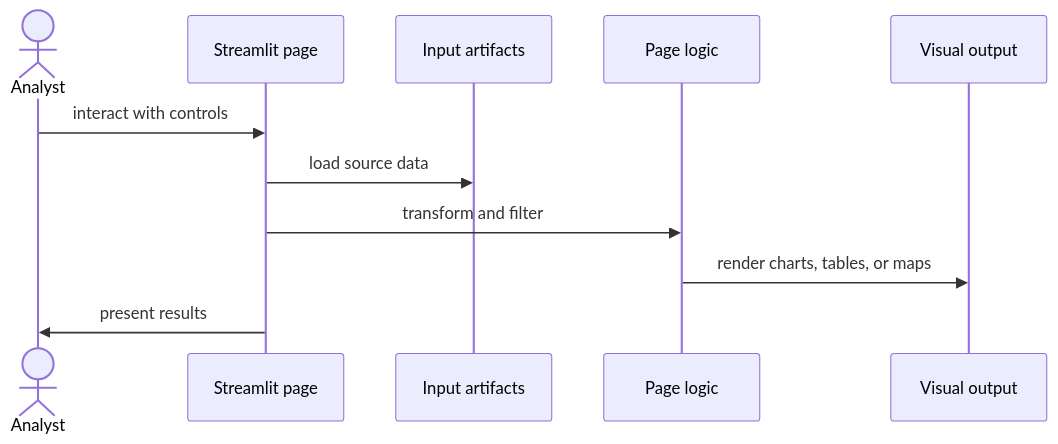
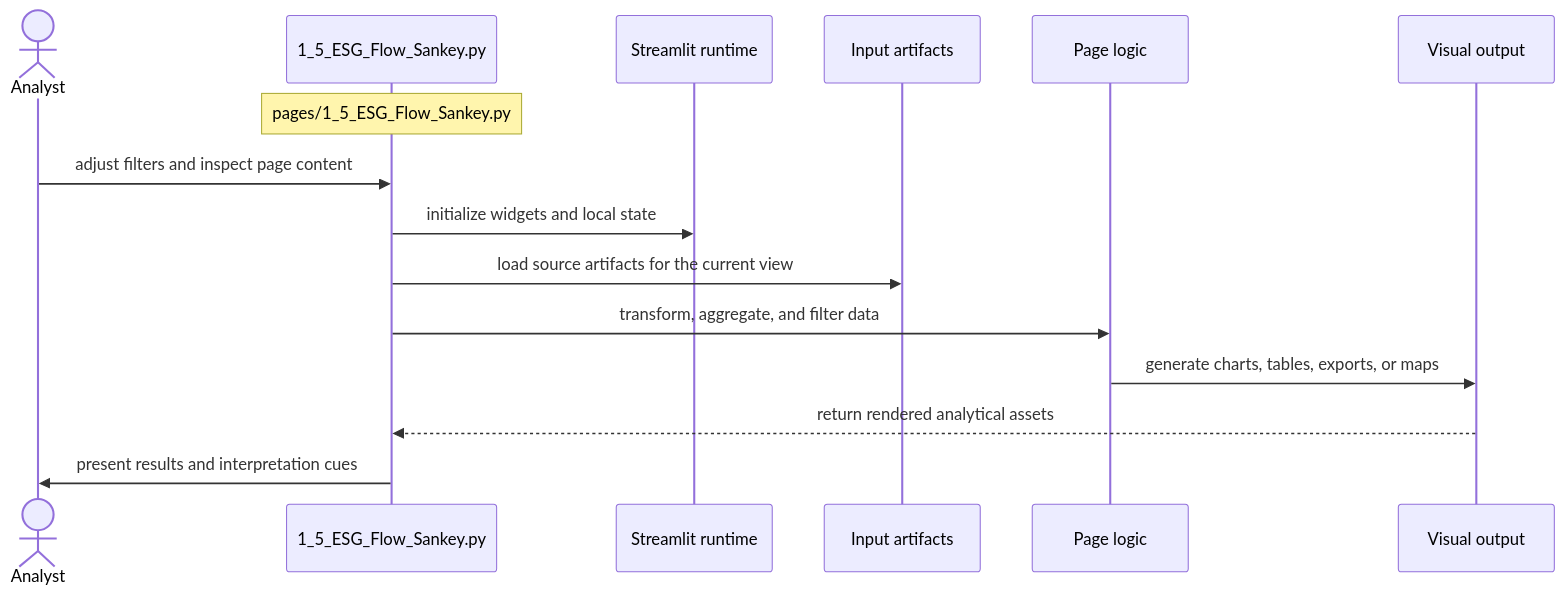
Before and after one commit to darisdzakwanhoesien2/benchmarks: the diagram in new_page/documentation/streamlit_pages/mermaid_sequence_diagram/1_5_ESG_Flow_Sankey.md, drawn with Mermaid. The commit also changed other lines of this file and 49 other files, not shown here.

Commit message:
Adding Documentation with Mermaid Sequence Diagram

````diff
--- a/new_page/documentation/streamlit_pages/mermaid_sequence_diagram/1_5_ESG_Flow_Sankey.md
+++ b/new_page/documentation/streamlit_pages/mermaid_sequence_diagram/1_5_ESG_Flow_Sankey.md
@@ -7,13 +15,17 @@
 ```mermaid
 sequenceDiagram
     actor User as Analyst
-    participant page as Streamlit page
+    participant page as 1_5_ESG_Flow_Sankey.py
+    participant runtime as Streamlit runtime
     participant data as Input artifacts
     participant compute as Page logic
     participant output as Visual output
-    User->>page: interact with controls
-    page->>data: load source data
-    page->>compute: transform and filter
-    compute->>output: render charts, tables, or maps
-    page->>User: present results
+    Note over page: pages/1_5_ESG_Flow_Sankey.py
+    User->>page: adjust filters and inspect page content
+    page->>runtime: initialize widgets and local state
+    page->>data: load source artifacts for the current view
+    page->>compute: transform, aggregate, and filter data
+    compute->>output: generate charts, tables, exports, or maps
+    output-->>page: return rendered analytical assets
+    page->>User: present results and interpretation cues
 ```
````
